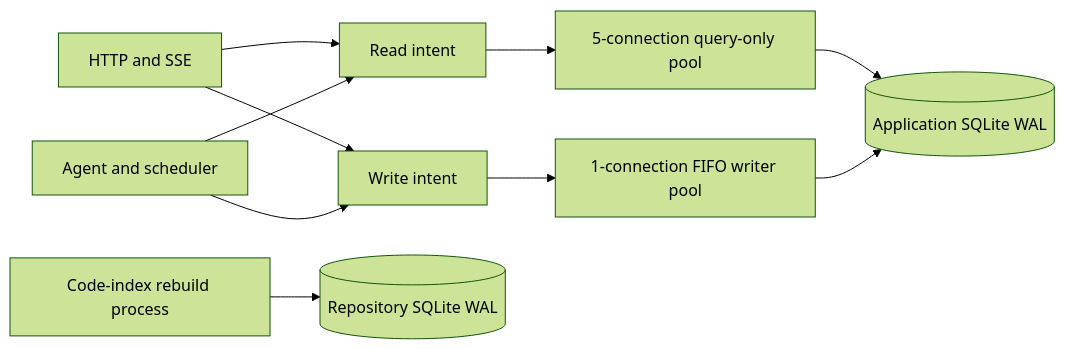
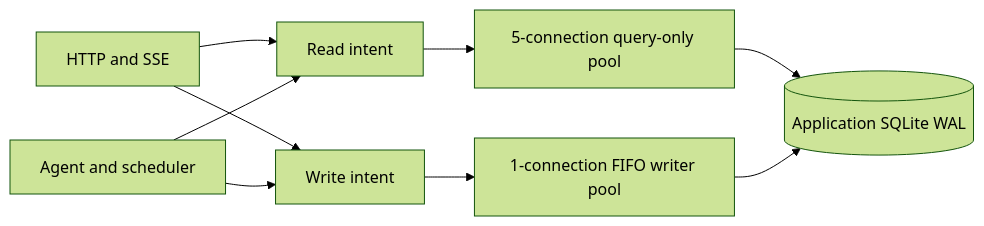
One commit to evoelsewhere/evoflux changed the diagram in documents/architecture/sqlite-concurrency.md. Above: the diagram before and after it, drawn with Mermaid (forest theme). The commit also changed other lines of this file and 325 other files, not shown here.

````diff
--- a/documents/architecture/sqlite-concurrency.md
+++ b/documents/architecture/sqlite-concurrency.md
@@ -9,12 +9,11 @@
 ```mermaid
 flowchart LR
     HTTP[HTTP and SSE] --> R[Read intent]
     Agent[Agent and scheduler] --> R
     HTTP --> W[Write intent]
     Agent --> W
     R --> RP[5-connection query-only pool]
     W --> WP[1-connection FIFO writer pool]
     RP --> DB[(Application SQLite WAL)]
     WP --> DB
-    Index[Code-index rebuild process] --> Cache[(Repository SQLite WAL)]
 ```
````
